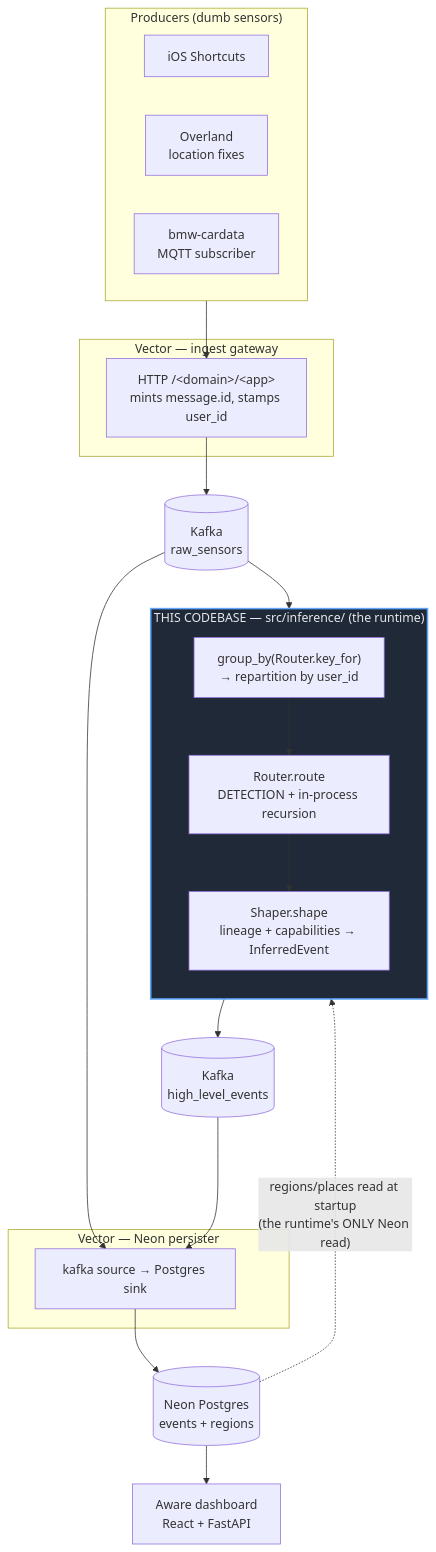
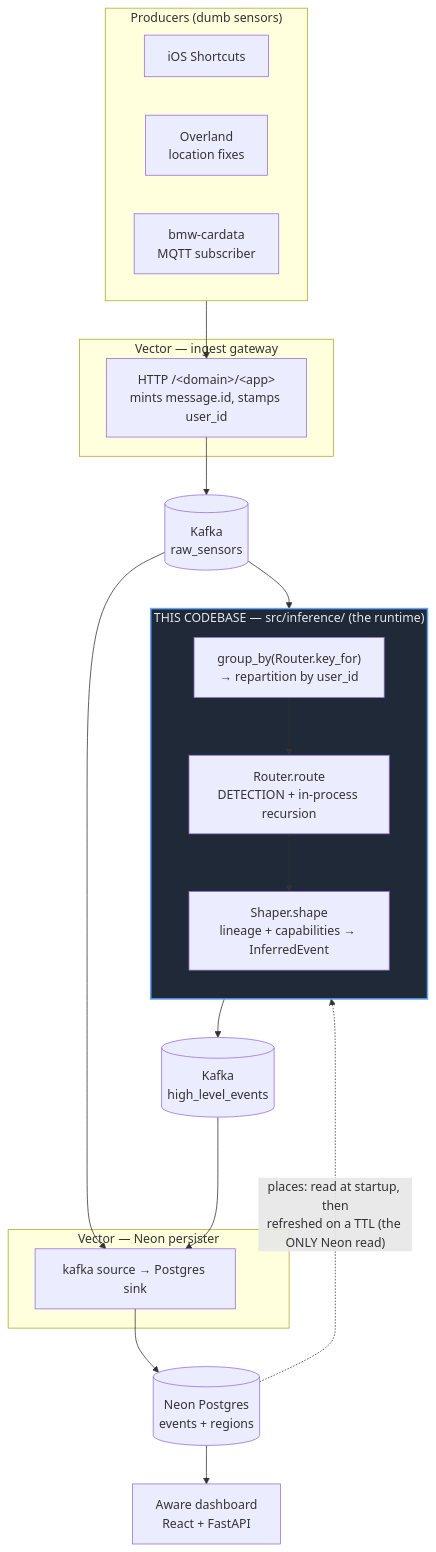
Before and after one commit to rodis/inference: the first of 14 diagrams in doc/core.md, drawn with Mermaid. The commit also changed other lines of this file and 2 other files, not shown here.

First line of the commit message:
docs: the place book reloads on a TTL — restart claims were stale

````diff
--- a/doc/core.md
+++ b/doc/core.md
@@ -43,40 +43,40 @@
 ```mermaid
 flowchart TB
     subgraph producers["Producers (dumb sensors)"]
         ios["iOS Shortcuts"]
         ovl["Overland<br/>location fixes"]
         bmw["bmw-cardata<br/>MQTT subscriber"]
     end
 
     subgraph vec1["Vector — ingest gateway"]
         ing["HTTP /&lt;domain&gt;/&lt;app&gt;<br/>mints message.id, stamps user_id"]
     end
 
     raw[("Kafka<br/>raw_sensors")]
 
     subgraph rt["THIS CODEBASE — src/inference/ (the runtime)"]
         direction TB
         gb["group_by(Router.key_for)<br/>→ repartition by user_id"]
         route["Router.route<br/>DETECTION + in-process recursion"]
         shape["Shaper.shape<br/>lineage + capabilities → InferredEvent"]
         gb --> route --> shape
     end
 
     hle[("Kafka<br/>high_level_events")]
 
     subgraph vec2["Vector — Neon persister"]
         pers["kafka source → Postgres sink"]
     end
 
     neon[("Neon Postgres<br/>events + regions")]
     dash["Aware dashboard<br/>React + FastAPI"]
 
     producers --> ing --> raw --> gb
     shape --> hle
     raw --> pers
     hle --> pers
     pers --> neon --> dash
-    neon -. "regions/places read at startup<br/>(the runtime's ONLY Neon read)" .-> rt
+    neon -. "places: read at startup, then<br/>refreshed on a TTL (the ONLY Neon read)" .-> rt
 
     style rt fill:#1f2937,stroke:#60a5fa,stroke-width:2px,color:#e5e7eb
 ```
````
